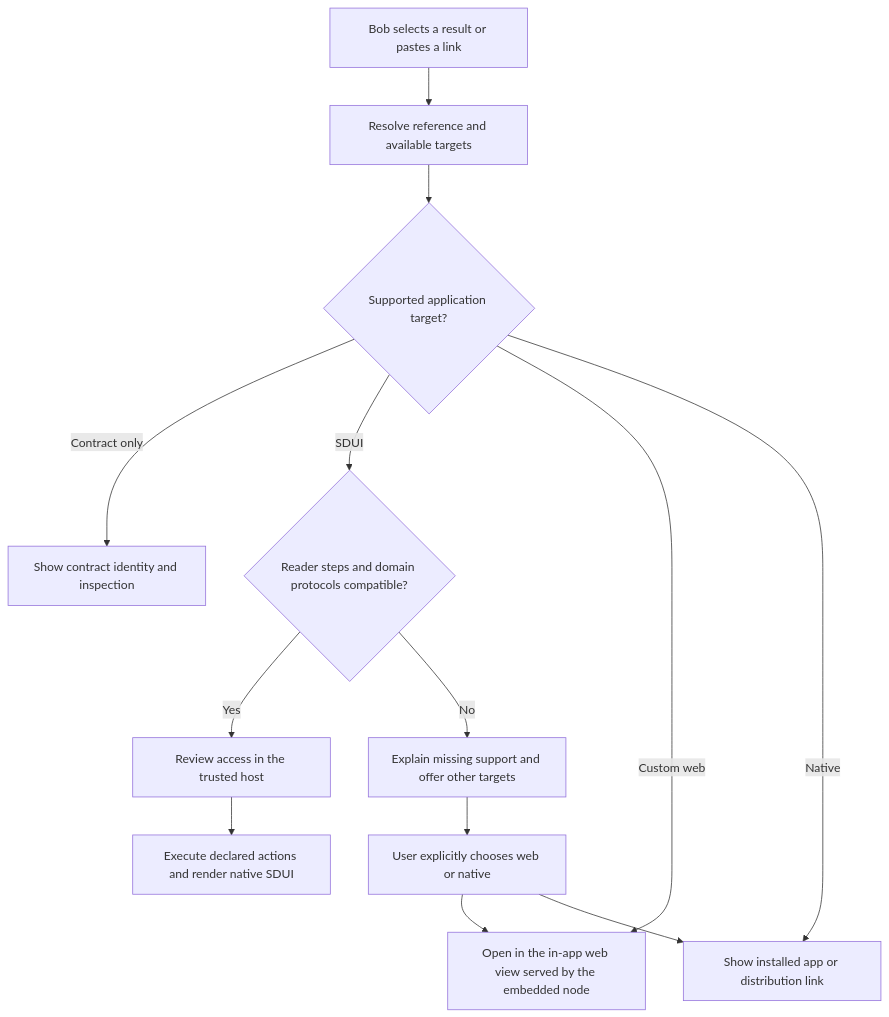
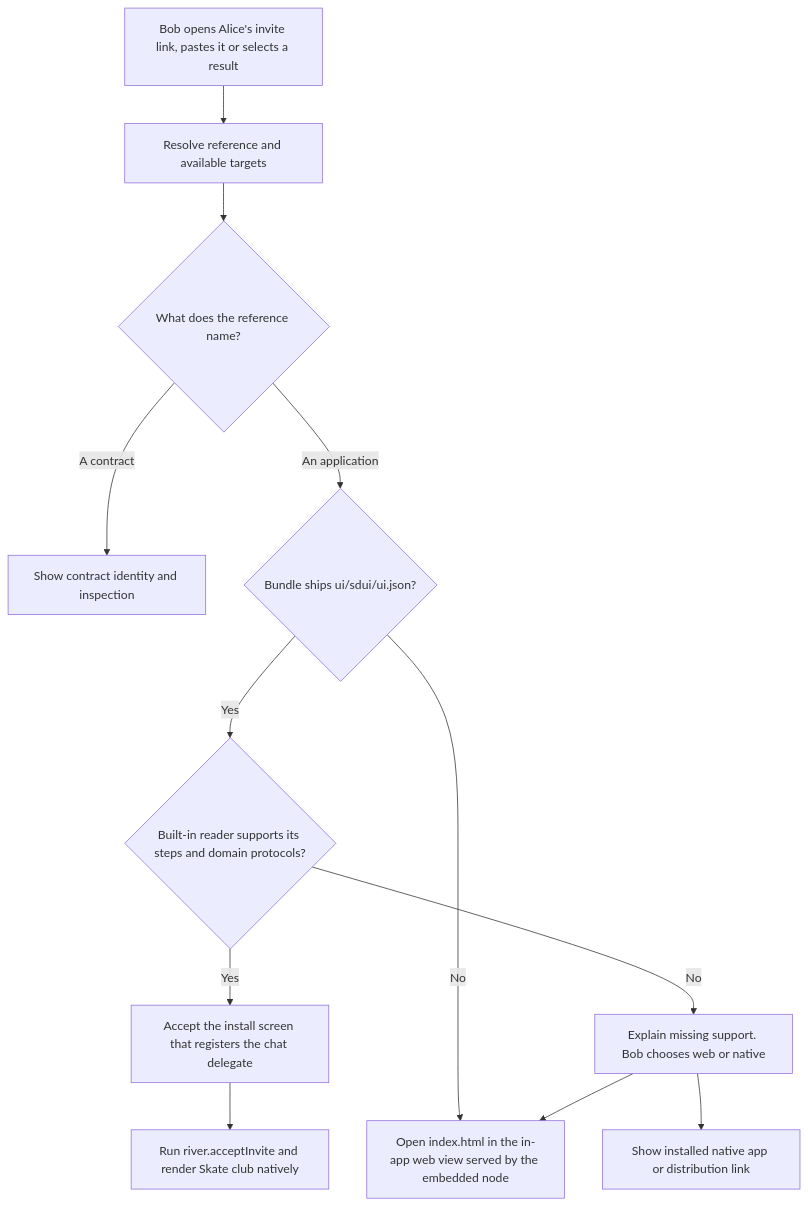
The diagram in freenet-mobile-app/README.md (EVY-Platform/evy-freenet-plans), drawn with Mermaid before and after one commit. The commit also changed other lines of this file and 17 other files, not shown here.

````diff
--- a/freenet-mobile-app/README.md
+++ b/freenet-mobile-app/README.md
@@ -25,15 +25,14 @@
 ```mermaid
 flowchart TD
-    Link["Bob selects a result or pastes a link"] --> Inspect["Resolve reference and available targets"]
-    Inspect --> Kind{"Supported application target?"}
-    Kind -->|"Contract only"| Contract["Show contract identity and inspection"]
-    Kind -->|"SDUI"| Compatible{"Reader steps and domain protocols compatible?"}
-    Compatible -->|Yes| Access["Review access in the trusted host"]
-    Access --> Run["Execute declared actions and render native SDUI"]
-    Compatible -->|No| Alternatives["Explain missing support and offer other targets"]
-    Kind -->|"Custom web"| Web["Open in the in-app web view served by the embedded node"]
-    Kind -->|"Native"| Native["Show installed app or distribution link"]
-    Alternatives --> Choice["User explicitly chooses web or native"]
+    Link["Bob opens Alice's invite link, pastes it or selects a result"] --> Inspect["Resolve reference and available targets"]
+    Inspect --> Kind{"What does the reference name?"}
+    Kind -->|"A contract"| Contract["Show contract identity and inspection"]
+    Kind -->|"An application"| HasSDUI{"Bundle ships ui/sdui/ui.json?"}
+    HasSDUI -->|Yes| Compatible{"Built-in reader supports its steps and domain protocols?"}
+    Compatible -->|Yes| Access["Accept the install screen that registers the chat delegate"]
+    Access --> Run["Run river.acceptInvite and render Skate club natively"]
+    Compatible -->|No| Choice["Explain missing support. Bob chooses web or native"]
+    HasSDUI -->|No| Web["Open index.html in the in-app web view served by the embedded node"]
     Choice --> Web
-    Choice --> Native
+    Choice --> Native["Show installed native app or distribution link"]
 ```
````
